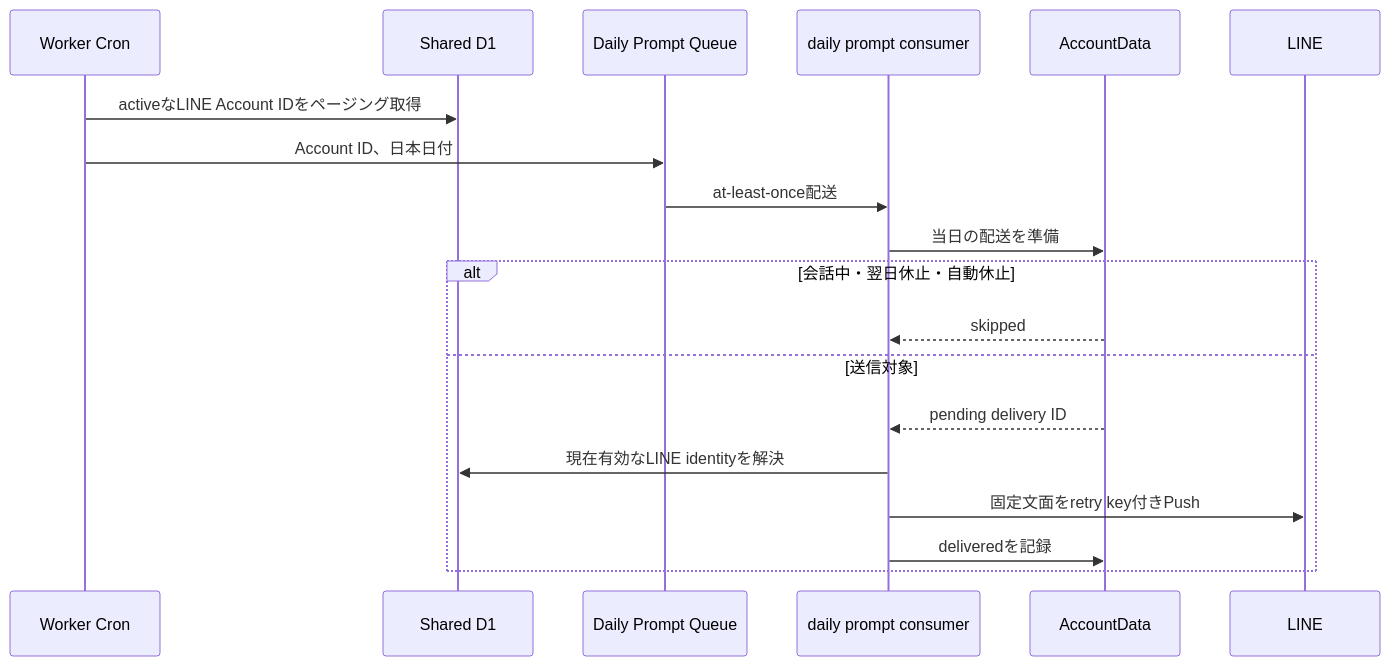
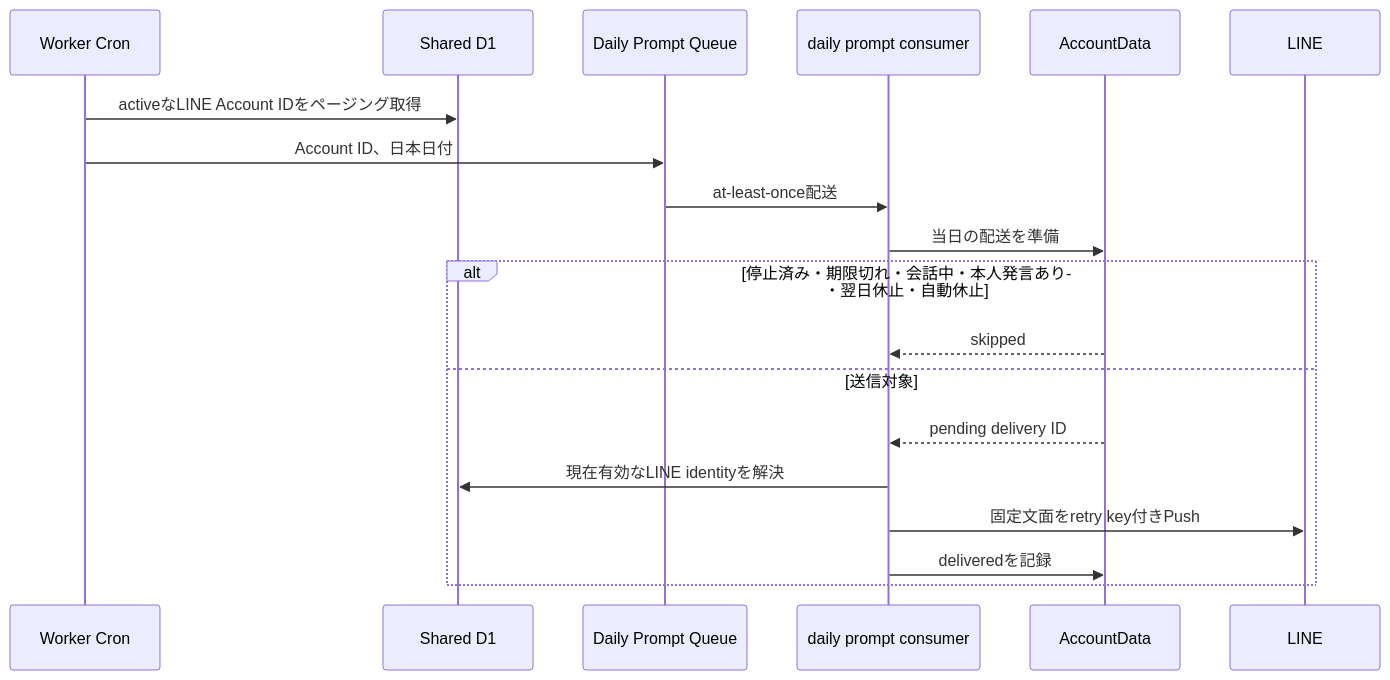
The third of 10 diagrams in docs/architecture/diary-chat-implementation-design.md (kkyosuke/me-builder), drawn with Mermaid before and after one commit. The commit also changed other lines of this file and 19 other files, not shown here.

````diff
--- a/docs/architecture/diary-chat-implementation-design.md
+++ b/docs/architecture/diary-chat-implementation-design.md
@@ -147,21 +147,21 @@
 ```mermaid
 sequenceDiagram
     participant C as Worker Cron
     participant D1 as Shared D1
     participant Q as Daily Prompt Queue
     participant W as daily prompt consumer
     participant AD as AccountData
     participant L as LINE
     C->>D1: activeなLINE Account IDをページング取得
     C->>Q: Account ID、日本日付
     Q->>W: at-least-once配送
     W->>AD: 当日の配送を準備
-    alt 会話中・翌日休止・自動休止
+    alt 停止済み・期限切れ・会話中・本人発言あり・翌日休止・自動休止
         AD-->>W: skipped
     else 送信対象
         AD-->>W: pending delivery ID
         W->>D1: 現在有効なLINE identityを解決
         W->>L: 固定文面をretry key付きPush
         W->>AD: deliveredを記録
     end
 ```
````
